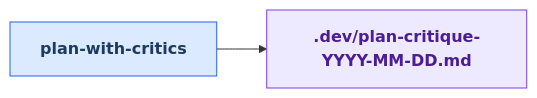
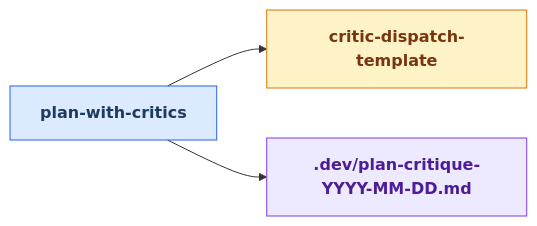
Before and after one commit to russell-laing/al-dev-shared: the eighth of 24 diagrams in docs/skills_map.md, drawn with Mermaid. The commit also changed other lines of this file, not shown here.

First line of the commit message:
📝 docs(skills-map): sync Layer 2 drilldowns with current skill set

````diff
--- a/docs/skills_map.md
+++ b/docs/skills_map.md
@@ -494,16 +429,19 @@
 ```mermaid
 flowchart LR
     classDef skillNode fill:#dbeafe,stroke:#2563eb,color:#1e3a5f,font-weight:bold
     classDef agentNode fill:#d1fae5,stroke:#059669,color:#064e3b,font-weight:bold
     classDef knowledgeNode fill:#fef3c7,stroke:#d97706,color:#78350f,font-weight:bold
     classDef artifactNode fill:#ede9fe,stroke:#7c3aed,color:#4c1d95,font-weight:bold
     classDef phaseNode fill:#e0e7ff,stroke:#6366f1,color:#312e81,font-weight:bold
 
     skill_plan_with_critics[plan-with-critics]
+    knowledge_critic_dispatch_template_md[critic-dispatch-template]
     artifact_plan_critique_YYYY_MM_DD_md[.dev/plan-critique-YYYY-MM-DD.md]
 
+    skill_plan_with_critics --> knowledge_critic_dispatch_template_md
     skill_plan_with_critics --> artifact_plan_critique_YYYY_MM_DD_md
 
     class skill_plan_with_critics skillNode
+    class knowledge_critic_dispatch_template_md knowledgeNode
     class artifact_plan_critique_YYYY_MM_DD_md artifactNode
 ```
````
